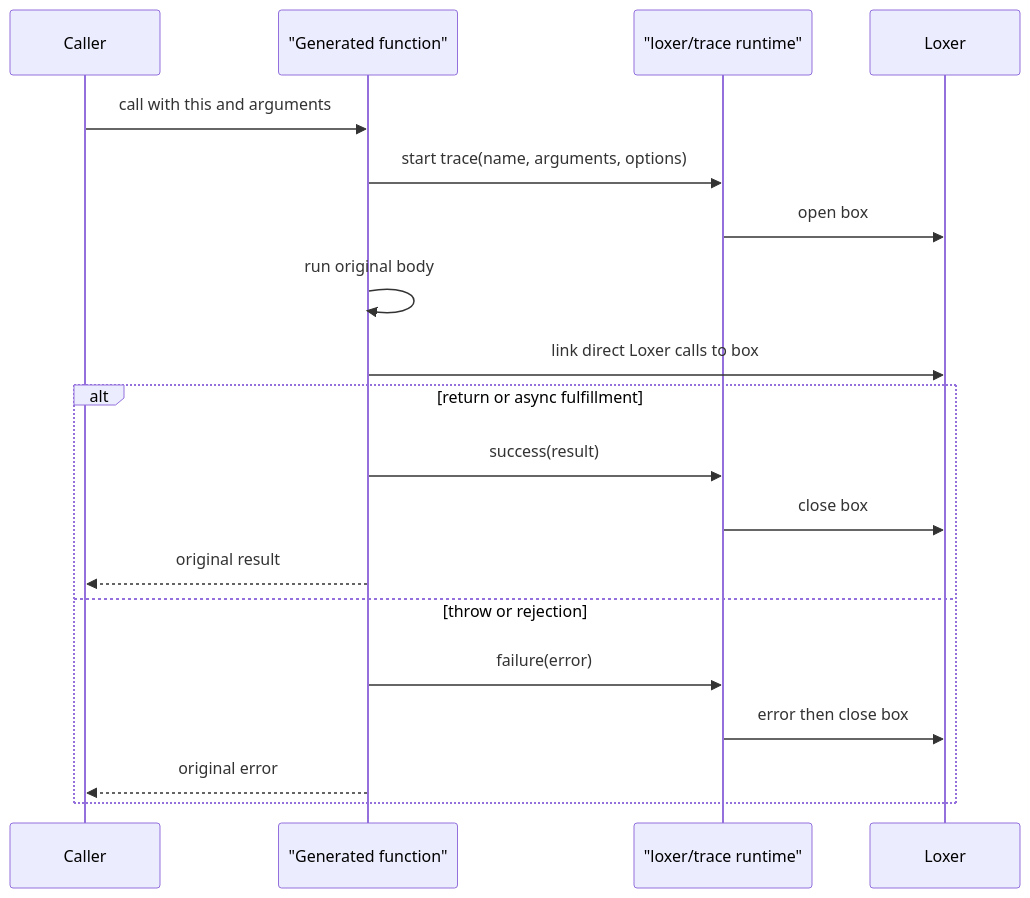
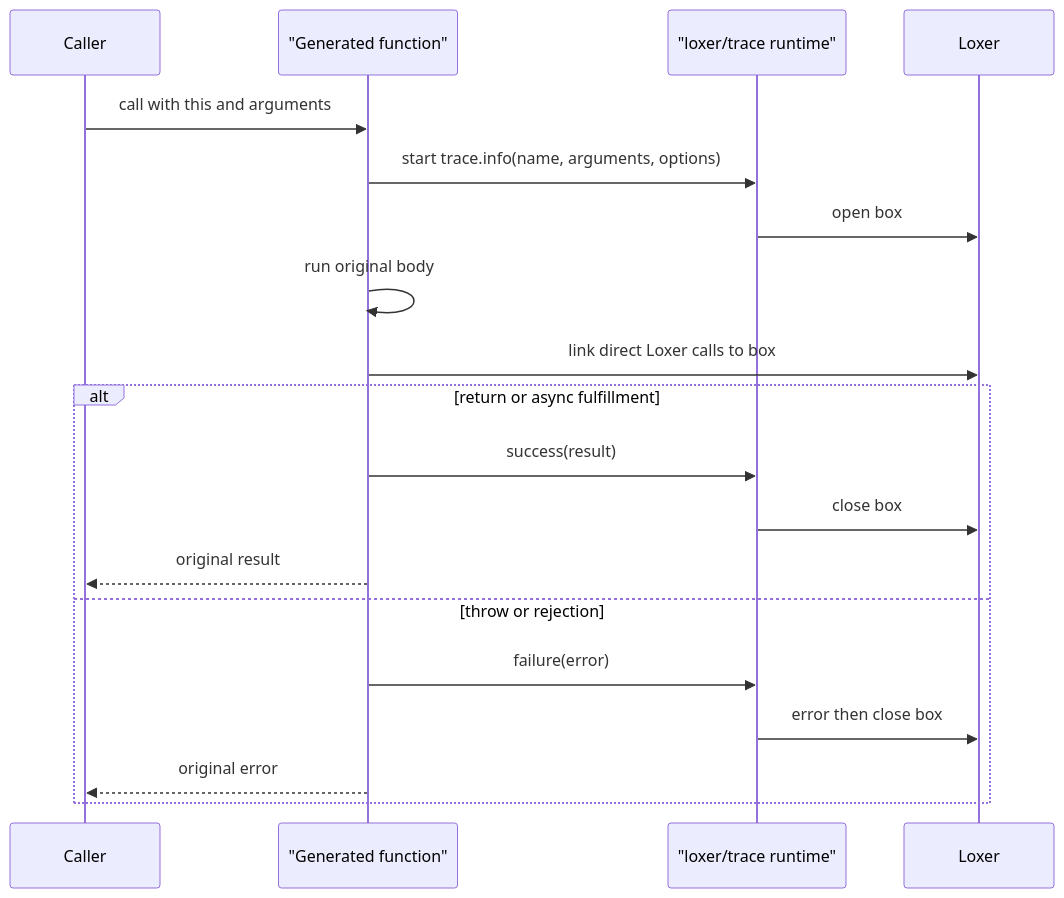
One commit to achillease/loxer changed the second of 2 diagrams in packages/babel-plugin-loxer-trace/README.md. Above: the diagram before and after it, drawn with Mermaid. The commit also changed other lines of this file and 40 other files, not shown here.

````diff
--- a/packages/babel-plugin-loxer-trace/README.md
+++ b/packages/babel-plugin-loxer-trace/README.md
@@ -92,21 +92,21 @@
 ```mermaid
 sequenceDiagram
   participant Caller
   participant Generated as "Generated function"
   participant Runtime as "loxer/trace runtime"
   participant Loxer
   Caller->>Generated: call with this and arguments
-  Generated->>Runtime: start trace(name, arguments, options)
+  Generated->>Runtime: start trace.info(name, arguments, options)
   Runtime->>Loxer: open box
   Generated->>Generated: run original body
   Generated->>Loxer: link direct Loxer calls to box
   alt return or async fulfillment
     Generated->>Runtime: success(result)
     Runtime->>Loxer: close box
     Generated-->>Caller: original result
   else throw or rejection
     Generated->>Runtime: failure(error)
     Runtime->>Loxer: error then close box
     Generated-->>Caller: original error
   end
 ```
````
